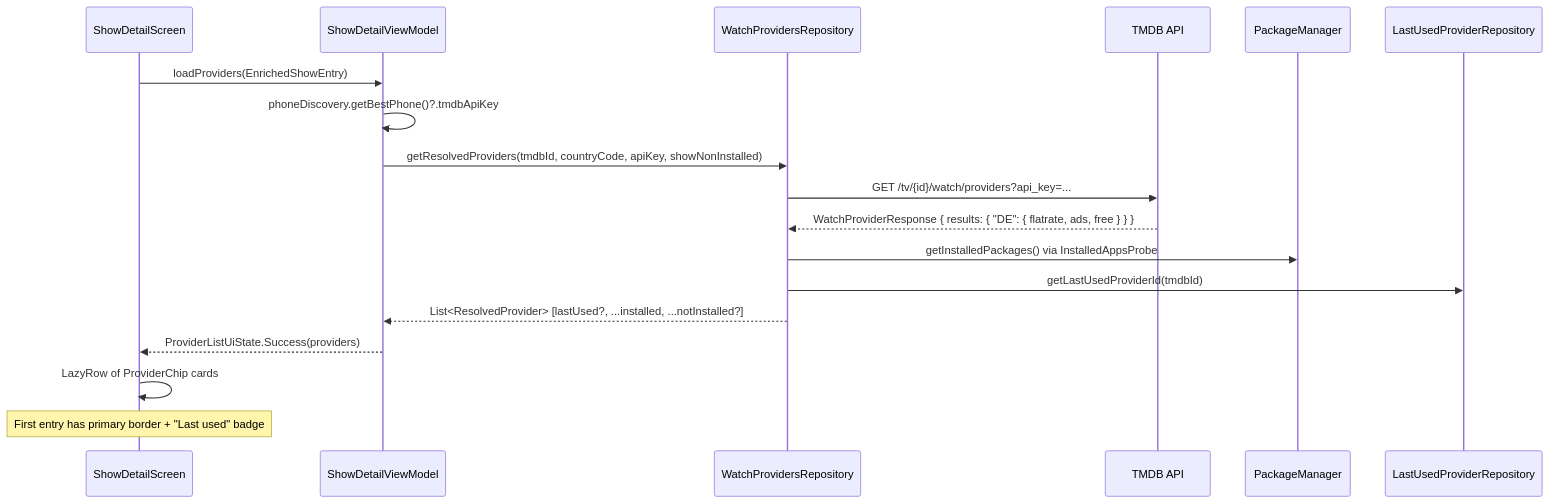
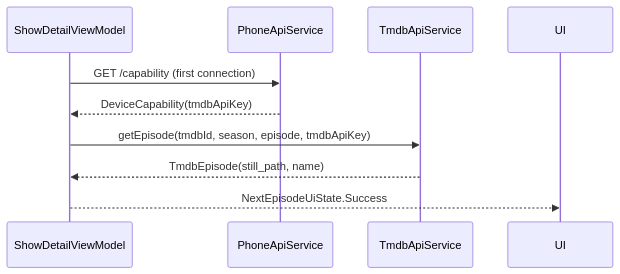
Before and after one commit to justb81/watchbuddy: the fifth of 6 diagrams in docs/tmdb-integration.md, drawn with Mermaid. The commit also changed other lines of this file and 1 other file, not shown here.

First line of the commit message:
refactor(core): update tmdb-integration.md and CLAUDE.md for ProviderCatalogRegistry

````diff
--- a/docs/tmdb-integration.md
+++ b/docs/tmdb-integration.md
@@ -216,21 +205,12 @@
 ```mermaid
 sequenceDiagram
-    participant TV as ShowDetailScreen
     participant VM as ShowDetailViewModel
-    participant WPR as WatchProvidersRepository
-    participant TMDB as TMDB API
-    participant PM as PackageManager
-    participant LUR as LastUsedProviderRepository
+    participant Phone as PhoneApiService
+    participant TMDB as TmdbApiService
 
-    TV->>VM: loadProviders(EnrichedShowEntry)
-    VM->>VM: phoneDiscovery.getBestPhone()?.tmdbApiKey
-    VM->>WPR: getResolvedProviders(tmdbId, countryCode, apiKey, showNonInstalled)
-    WPR->>TMDB: GET /tv/{id}/watch/providers?api_key=...
-    TMDB-->>WPR: WatchProviderResponse { results: { "DE": { flatrate, ads, free } } }
-    WPR->>PM: getInstalledPackages() via InstalledAppsProbe
-    WPR->>LUR: getLastUsedProviderId(tmdbId)
-    WPR-->>VM: List<ResolvedProvider> [lastUsed?, ...installed, ...notInstalled?]
-    VM-->>TV: ProviderListUiState.Success(providers)
-    TV->>TV: LazyRow of ProviderChip cards
-    Note over TV: First entry has primary border + "Last used" badge
+    VM->>Phone: GET /capability (first connection)
+    Phone-->>VM: DeviceCapability(tmdbApiKey)
+    VM->>TMDB: getEpisode(tmdbId, season, episode, tmdbApiKey)
+    TMDB-->>VM: TmdbEpisode(still_path, name)
+    VM-->>UI: NextEpisodeUiState.Success
 ```
````
